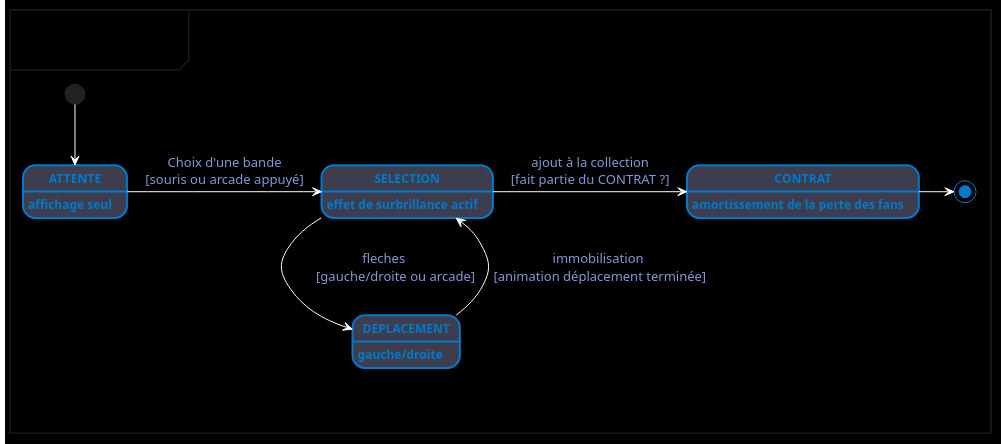
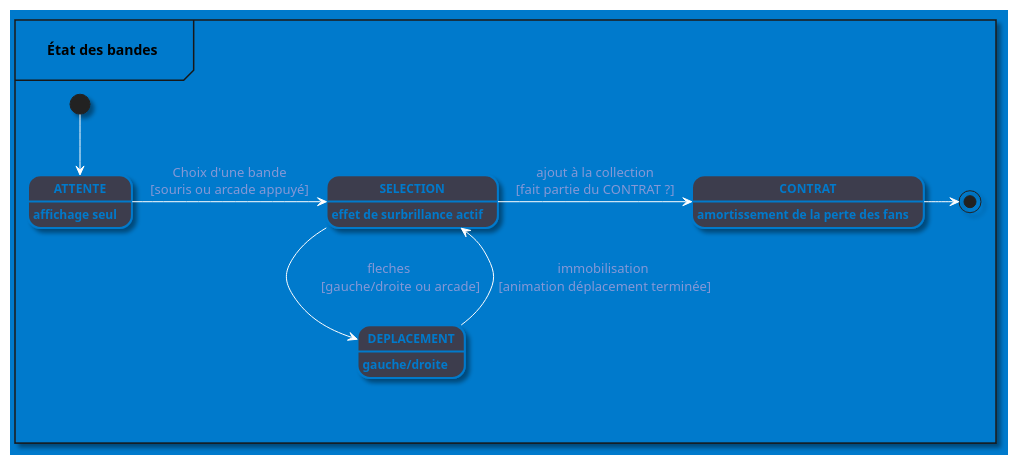
The diagram in docs/uml/puml/BandesStateDiagram.puml (MaiveCL/Projet_session_JV), drawn with PlantUML before and after one commit.

Commit message:
test uml auto-export

```diff
--- a/docs/uml/puml/BandesStateDiagram.puml
+++ b/docs/uml/puml/BandesStateDiagram.puml
@@ -1,46 +1,47 @@
 @startuml "État des bandes"
 ' Définir le style global
 skinparam {
-    backgroundColor 000000
+    backgroundColor 007acc
     ' #000000 = oui
     ' #007acc = oui
-    ' 92cc00ff = non, donne blanc ou ignoré
+    ' #92cc00ff = non, donne blanc ou ignoré
     shadowing true
     ' oui
     FontName "Consolas"
     ArrowColor ffffff
     ' #ffffffff
     ArrowFontColor 8598d6
     ' #8598d6ff
     StartColor ff02c4
     ' #ff02c4ff = non, ignoré ou noir
     EndColor ff02c4
     ' #ff02c4 = non, ignoré ou noir
 }
 ' Style pour les states
 skinparam state {
     BackgroundColor 3e3e4e
     ' #3e3e4eff = non, ignoré ou blanc
     fontColor 007acc
     ' #007acc
-    BorderThickness 2.0
+    BorderThickness 2
     BorderColor 007acc
     ' #007acc
     FontName "Consolas"
     FontSize 12
     FontStyle bold
 }
+
 mainframe \n\t**État des bandes**\t\n
 
     state ATTENTE : affichage seul
     state SELECTION : effet de surbrillance actif
     state DEPLACEMENT : gauche/droite
     state CONTRAT : amortissement de la perte des fans
 
     [*] --> ATTENTE
     ATTENTE -> SELECTION : Choix d'une bande\n[souris ou arcade appuyé]
     SELECTION -> DEPLACEMENT : fleches\n\t[gauche/droite ou arcade]\t
     DEPLACEMENT --> SELECTION :immobilisation\n [animation déplacement terminée]
     SELECTION -> CONTRAT :ajout à la collection\n[fait partie du CONTRAT ?]
-    CONTRAT -> [*] #007acc
+    CONTRAT -> [*]
 @enduml
```
